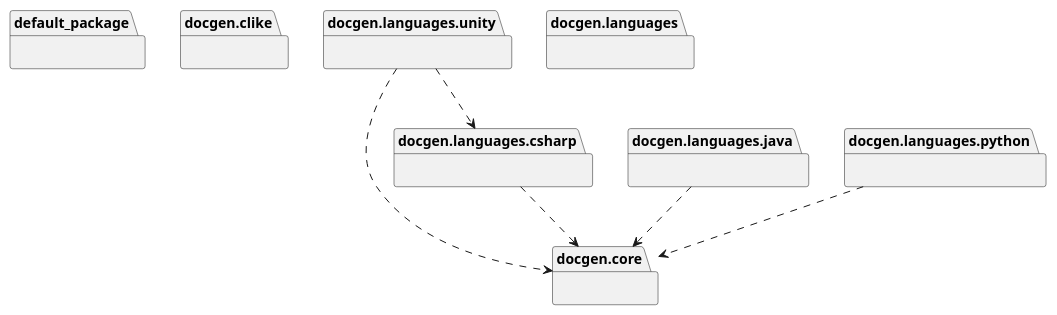
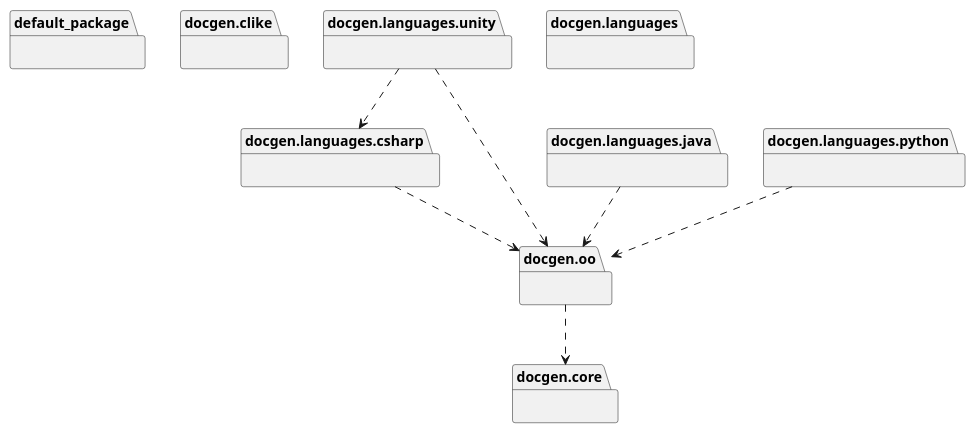
Before and after one commit to Boulede987/DocGeneration: the diagram in docs/Modelisation/Packages/_overview.puml, drawn with PlantUML. The commit also changed 129 other files, not shown here.

First line of the commit message:
refactor(core): make the core a pure UML model; languages compute relations

```diff
--- a/docs/Modelisation/Packages/_overview.puml
+++ b/docs/Modelisation/Packages/_overview.puml
@@ -1,58 +1,61 @@
 @startuml _overview
 
 skinparam classAttributeIconSize 0
 skinparam shadowing false
 
 skinparam class {
   BackgroundColor<<interface>> #D6EAF8
   BorderColor<<interface>> #2E86C1
 }
 skinparam class {
   BackgroundColor<<abstract>> #E8DAEF
   BorderColor<<abstract>> #8E44AD
 }
 skinparam class {
   BackgroundColor #D5F5E3
   BorderColor #27AE60
 }
 skinparam class {
   BackgroundColor<<dataclass>> #FCF3CF
   BorderColor<<dataclass>> #B7950B
 }
 skinparam class {
   BackgroundColor<<module>> #DDEBF7
   BorderColor<<module>> #4A6FA5
 }
 skinparam class {
   BackgroundColor<<static>> #a7faa0
   BorderColor<<static>> #38d610
 }
 skinparam class {
   BackgroundColor<<enum>> #F5B7B1
   BorderColor<<enum>> #C0392B
 }
 
 package "default_package" as default_package [[default_package.svg]] {
 }
 package "docgen.clike" as docgen_clike [[clike.svg]] {
 }
 package "docgen.core" as docgen_core [[core.svg]] {
 }
 package "docgen.languages" as docgen_languages [[languages.svg]] {
 }
 package "docgen.languages.csharp" as docgen_languages_csharp [[csharp.svg]] {
 }
 package "docgen.languages.java" as docgen_languages_java [[java.svg]] {
 }
 package "docgen.languages.python" as docgen_languages_python [[python.svg]] {
 }
 package "docgen.languages.unity" as docgen_languages_unity [[unity.svg]] {
 }
+package "docgen.oo" as docgen_oo [[oo.svg]] {
+}
 
-docgen_languages_csharp ..> docgen_core
-docgen_languages_java ..> docgen_core
-docgen_languages_python ..> docgen_core
-docgen_languages_unity ..> docgen_core
+docgen_languages_csharp ..> docgen_oo
+docgen_languages_java ..> docgen_oo
+docgen_languages_python ..> docgen_oo
 docgen_languages_unity ..> docgen_languages_csharp
+docgen_languages_unity ..> docgen_oo
+docgen_oo ..> docgen_core
 
 @enduml
```
